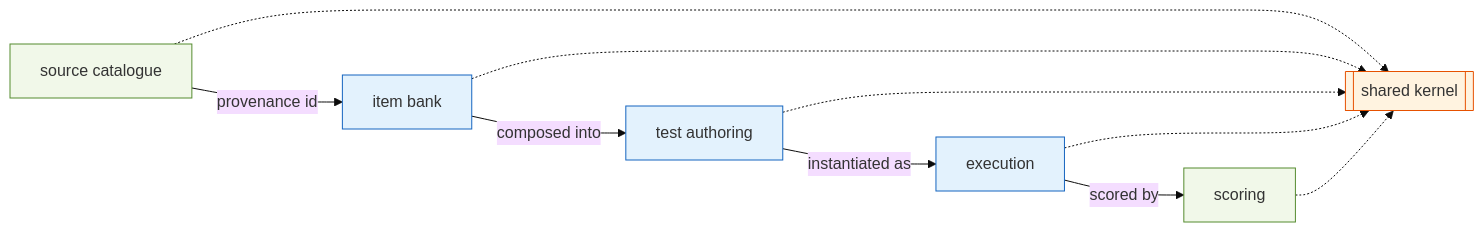
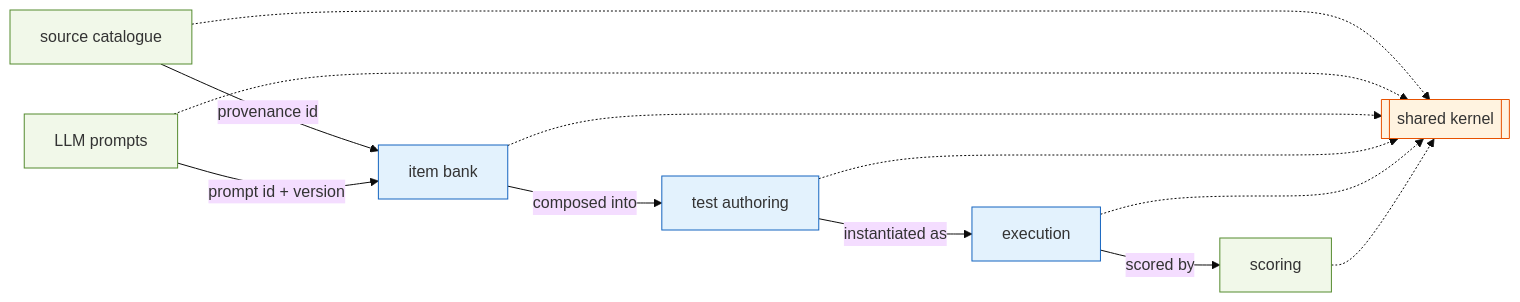
Before and after one commit to mariotoffia/testmaker: the first of 2 diagrams in DDD.md, drawn with Mermaid (base theme). The commit also changed other lines of this file and 31 other files, not shown here.

First line of the commit message:
Refactor source and prompt ports; introduce LLM service with hooks

````diff
--- a/DDD.md
+++ b/DDD.md
@@ -27,23 +37,26 @@
 ```mermaid
 flowchart LR
   classDef core fill:#e3f2fd,stroke:#1565c0;
   classDef sup fill:#f1f8e9,stroke:#558b2f;
   classDef ker fill:#fff3e0,stroke:#e65100;
 
   shared[[shared kernel]]:::ker
   source[source catalogue]:::sup
+  prompt[LLM prompts]:::sup
   item[item bank]:::core
   testset[test authoring]:::core
   session[execution]:::core
   scoring[scoring]:::sup
 
   source -->|provenance id| item
+  prompt -->|prompt id + version| item
   item -->|composed into| testset
   testset -->|instantiated as| session
   session -->|scored by| scoring
   source -.-> shared
+  prompt -.-> shared
   item -.-> shared
   testset -.-> shared
   session -.-> shared
   scoring -.-> shared
 ```
````
